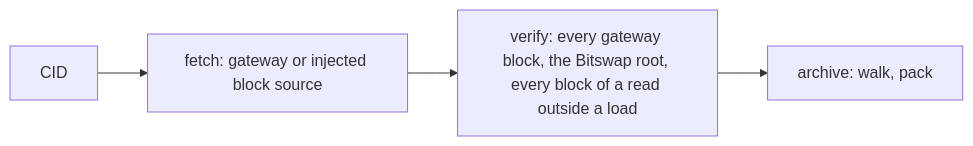
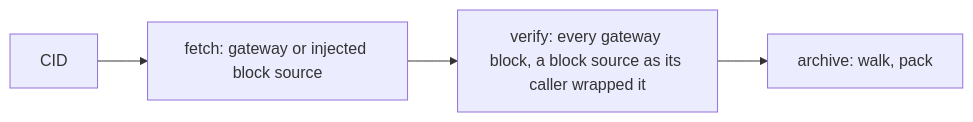
One commit to paritytech/dotli-community changed the diagram in packages/content/README.md. Above: the diagram before and after it, drawn with Mermaid. The commit also changed other lines of this file and 68 other files, not shown here.

````diff
--- a/packages/content/README.md
+++ b/packages/content/README.md
@@ -36,6 +38,6 @@
 ```mermaid
 flowchart LR
   cid[CID] --> fetch["fetch: gateway or injected block source"]
-  fetch --> verify["verify: every gateway block, the Bitswap root, every block of a read outside a load"]
+  fetch --> verify["verify: every gateway block, a block source as its caller wrapped it"]
   verify --> archive["archive: walk, pack"]
 ```
````
